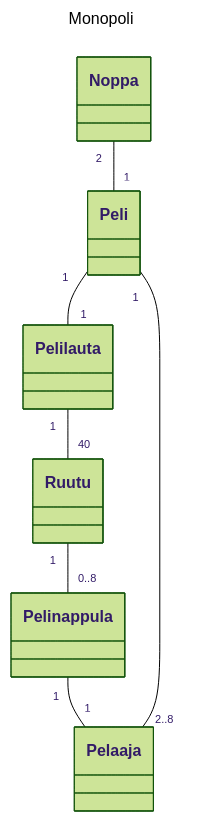
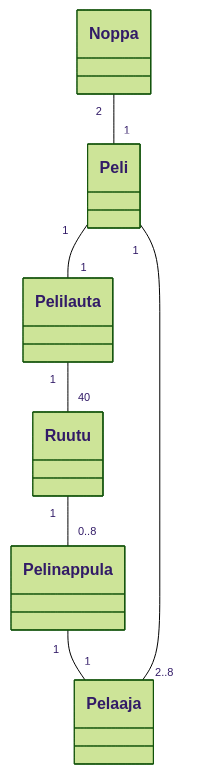
The first of 4 diagrams in laskarit/viikko3/monopoli.md (syrvil/ot-harjoitustyo), drawn with Mermaid (forest theme) before and after one commit. The commit also changed other lines of this file, not shown here.

````diff
--- a/laskarit/viikko3/monopoli.md
+++ b/laskarit/viikko3/monopoli.md
@@ -1,12 +3,10 @@
 ```mermaid
----
-title: Monopoli
----
+
 classDiagram 
     Noppa "2"-- "1" Peli
     Peli "1" -- "1" Pelilauta
     Pelilauta "1" -- "40" Ruutu
     Ruutu "1" -- "0..8" Pelinappula
     Pelinappula "1" -- "1" Pelaaja
     Pelaaja "2..8" -- "1" Peli
 ```
````
